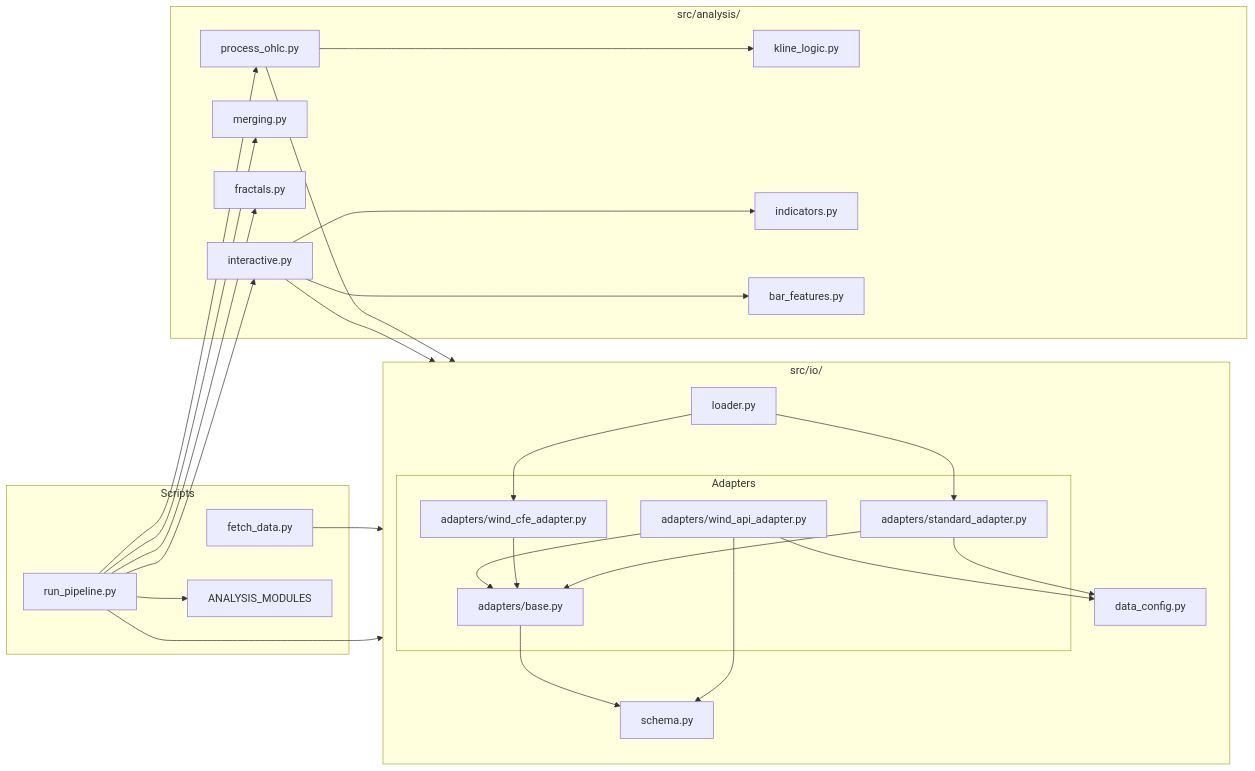
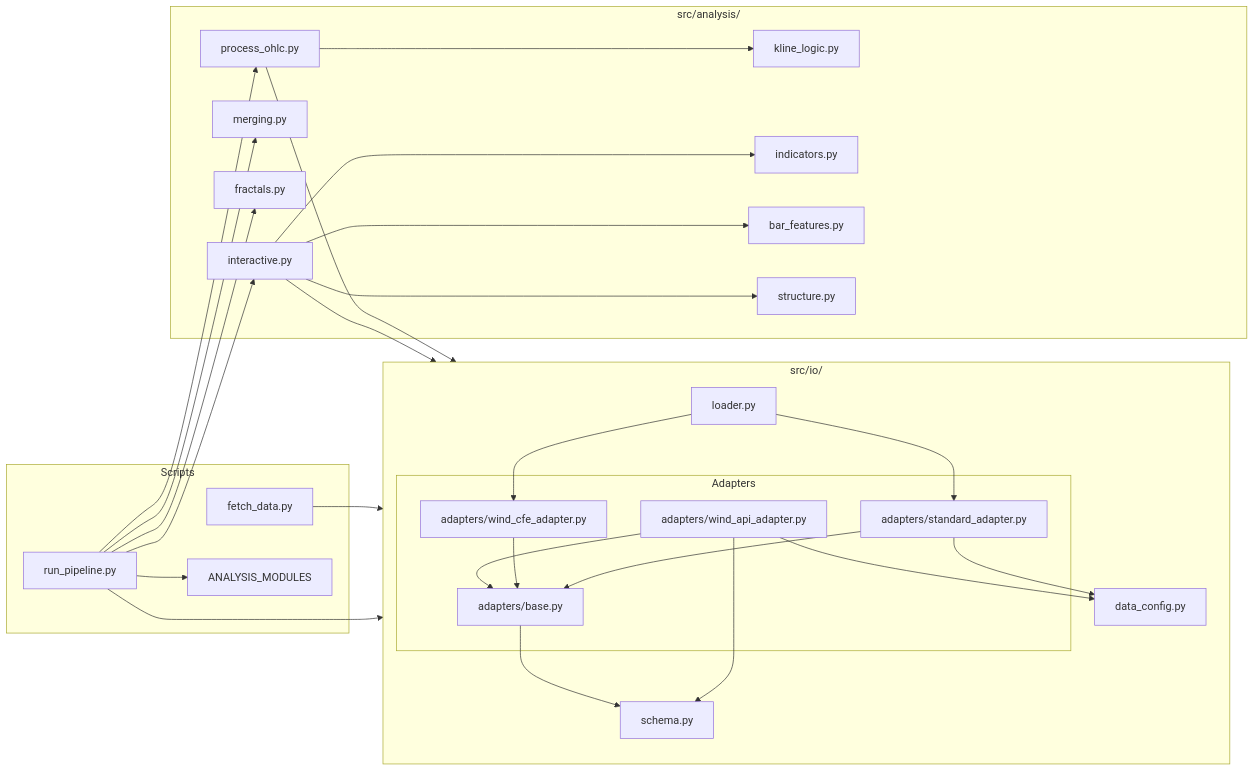
One commit to terry-an-investor/chart-analysis changed the third of 3 diagrams in docs/workflow.md. Above: the diagram before and after it, drawn with Mermaid. The commit also changed other lines of this file and 3 other files, not shown here.

Commit message:
feat: 新增文档更新工作流，更新 ROADMAP 进度详情，并添加详细的项目工作流文档。

````diff
--- a/docs/workflow.md
+++ b/docs/workflow.md
@@ -187,58 +192,60 @@
 ```mermaid
 graph LR
     subgraph "src/io/"
         direction TB
         CONFIG[data_config.py]
         SCHEMA[schema.py]
         LOADER[loader.py]
         
         subgraph "Adapters"
             BASE[adapters/base.py]
             WIND_API[adapters/wind_api_adapter.py]
             WIND_CFE[adapters/wind_cfe_adapter.py]
             STD[adapters/standard_adapter.py]
         end
         
         BASE --> SCHEMA
         WIND_API --> BASE
         WIND_CFE --> BASE
         STD --> BASE
         
         WIND_API --> CONFIG
         WIND_API --> SCHEMA
         STD --> CONFIG
         
         LOADER --> STD
         LOADER --> WIND_CFE
     end
     
     subgraph "src/analysis/"
         KLINE[kline_logic.py]
         PROCESS[process_ohlc.py]
         MERGE[merging.py]
         FRACTAL[fractals.py]
         INTERACTIVE[interactive.py]
         INDICATORS[indicators.py]
         BAR_FEAT[bar_features.py]
+        STRUCTURE[structure.py]
         
         PROCESS --> KLINE
         PROCESS --> SCHEMA
         INTERACTIVE --> INDICATORS
         INTERACTIVE --> BAR_FEAT
+        INTERACTIVE --> STRUCTURE
         INTERACTIVE --> SCHEMA
     end
     
     subgraph "Scripts"
         FETCH[fetch_data.py]
         RUN[run_pipeline.py]
         
         FETCH --> WIND_API
         RUN --> LOADER
         RUN --> ANALYSIS_MODULES
     end
     
     RUN --> PROCESS
     RUN --> MERGE
     RUN --> FRACTAL
     RUN --> INTERACTIVE
 ```
````
